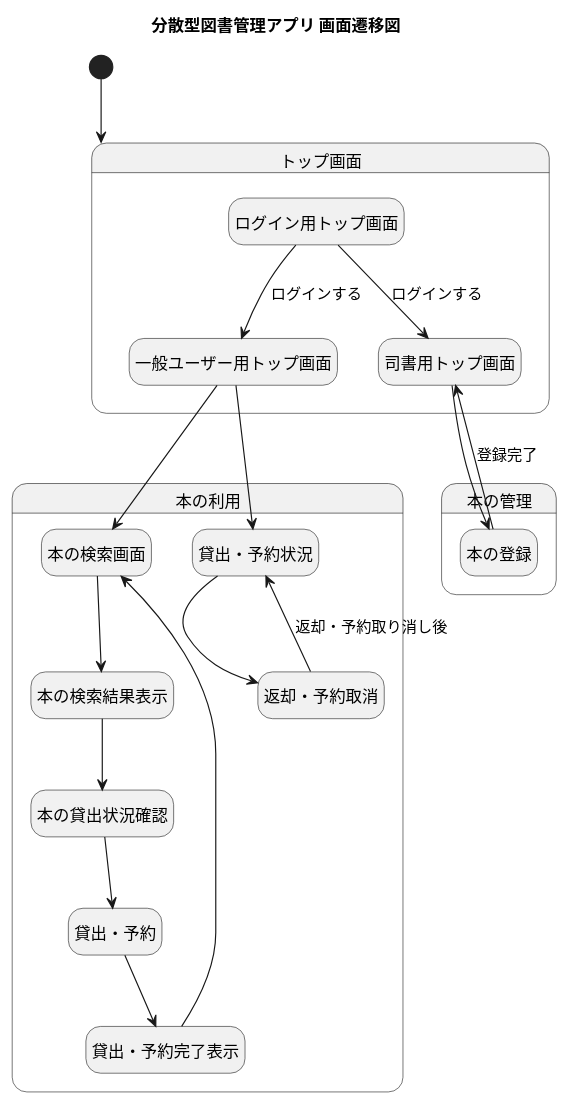
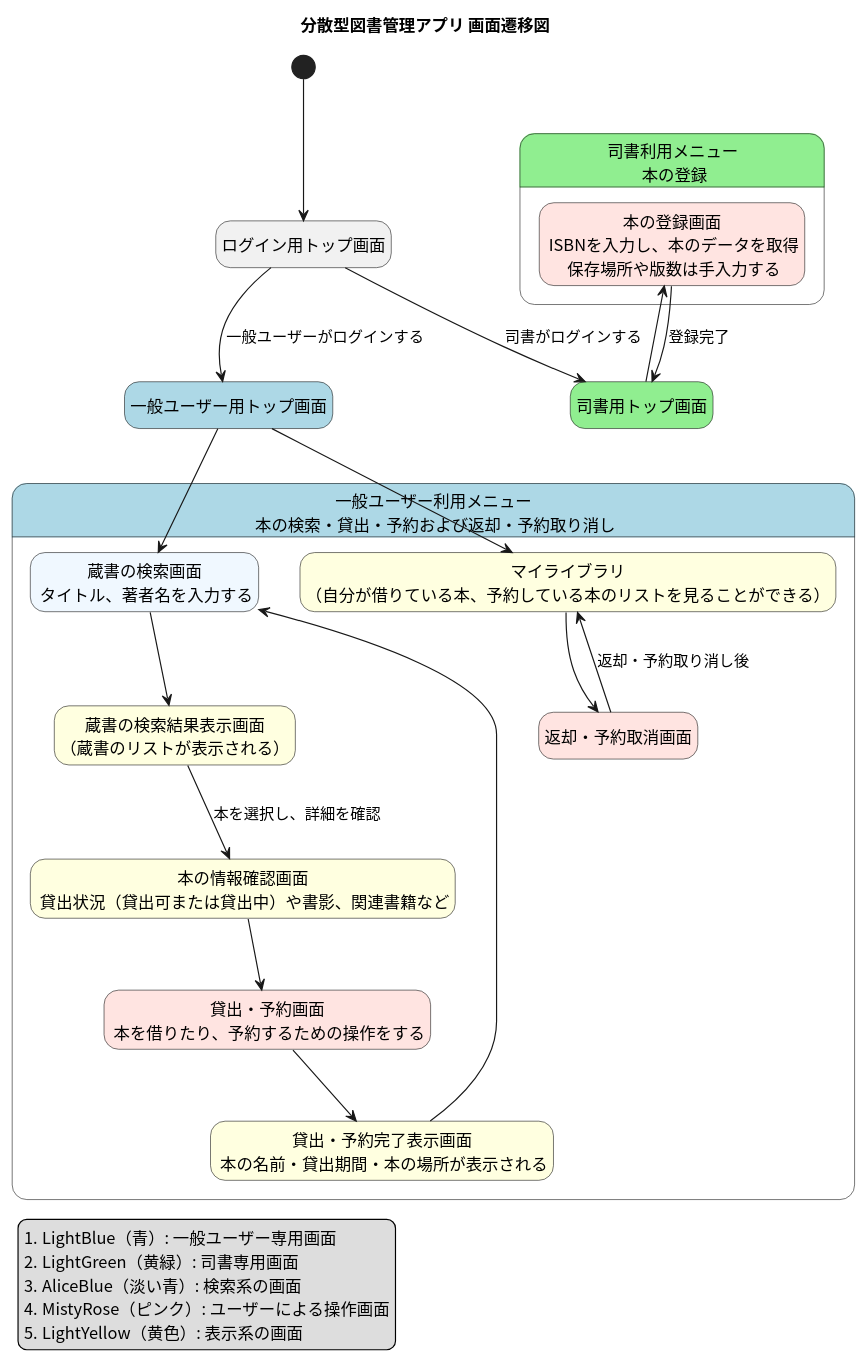
One commit to tomoki-shiozaki/distributed-library changed the diagram in docs/screen_flow/screen_flow_diagram.pu. Above: the diagram before and after it, drawn with PlantUML. The commit also changed 4 other files, not shown here.

Commit message:
docs: add screen flow diagrams

```diff
--- a/docs/screen_flow/screen_flow_diagram.pu
+++ b/docs/screen_flow/screen_flow_diagram.pu
@@ -1,49 +1,63 @@
 @startuml screen_flow
 skinparam defaultFontName "Noto Sans CJK JP"
 hide empty description
 
 title 分散型図書管理アプリ 画面遷移図   
 
-[*] --> top
-state "トップ画面" as top {
+legend left
+#LightBlue（青）: 一般ユーザー専用画面
+#LightGreen（黄緑）: 司書専用画面
+#AliceBlue（淡い青）: 検索系の画面
+#MistyRose（ピンク）: ユーザーによる操作画面
+#LightYellow（黄色）: 表示系の画面
+end legend
+
+[*] --> notLogin
+
     state "ログイン用トップ画面" as notLogin
-    state "一般ユーザー用トップ画面" as user 
-    state "司書用トップ画面" as librarian
-    notLogin --> user : ログインする
-    notLogin --> librarian : ログインする
+    state "一般ユーザー用トップ画面" as user #LightBlue
+    state "司書用トップ画面" as librarian #LightGreen
+    notLogin --> user : 一般ユーザーがログインする
+    notLogin --> librarian : 司書がログインする
+
+
+state "司書利用メニュー\n 本の登録" as bookManagement #LightGreen {
+    state "本の登録画面\n ISBNを入力し、本のデータを取得\n 保存場所や版数は手入力する" as bookRegistration <<操作>>
 }
-
-state 本の管理 {
-    state 本の登録
-}
-librarian --> 本の登録
-本の登録 --> librarian : 登録完了
+librarian --> bookRegistration
+bookRegistration --> librarian : 登録完了
 
 
 
-state 本の利用 {
-    state "本の検索画面" as bookSearch
-    state "本の検索結果表示" as searchResult
-    state "本の貸出状況確認" as bookStatus
-    state "貸出・予約" as borrowAndBook
-    state "貸出・予約完了表示" as borrowCompletion
+state "一般ユーザー利用メニュー\n 本の検索・貸出・予約および返却・予約取り消し" as bookUse #LightBlue {
+    state "蔵書の検索画面\n タイトル、著者名を入力する" as bookSearch <<検索>> 
+    state "蔵書の検索結果表示画面\n（蔵書のリストが表示される）" as searchResult <<表示>>
+    state "本の情報確認画面\n 貸出状況（貸出可または貸出中）や書影、関連書籍など" as bookStatus <<表示>>
+    state "貸出・予約画面\n 本を借りたり、予約するための操作をする" as borrowAndBook <<操作>>
+    state "貸出・予約完了表示画面\n 本の名前・貸出期間・本の場所が表示される" as borrowCompletion <<表示>>
     
-    state "貸出・予約状況" as borrowingBooks
-    state "返却・予約取消" as returnAndCancelReservation
+    state "マイライブラリ\n（自分が借りている本、予約している本のリストを見ることができる）" as borrowingBooks <<表示>>
+    state "返却・予約取消画面" as returnAndCancelReservation <<操作>>
 
     ' 本の貸出の流れ
     bookSearch --> searchResult
-    searchResult --> bookStatus
+    searchResult --> bookStatus : 本を選択し、詳細を確認
     bookStatus --> borrowAndBook
     borrowAndBook --> borrowCompletion
     borrowCompletion --> bookSearch 
     
     ' 本の返却の流れ
     borrowingBooks --> returnAndCancelReservation
     returnAndCancelReservation --> borrowingBooks : 返却・予約取り消し後
 }
 user --> bookSearch
 user --> borrowingBooks
 
+skinparam state {
+  BackgroundColor<<検索>> AliceBlue
+  BackgroundColor<<操作>> MistyRose
+  BackgroundColor<<表示>> LightYellow
+}
+
 
 @enduml
```
